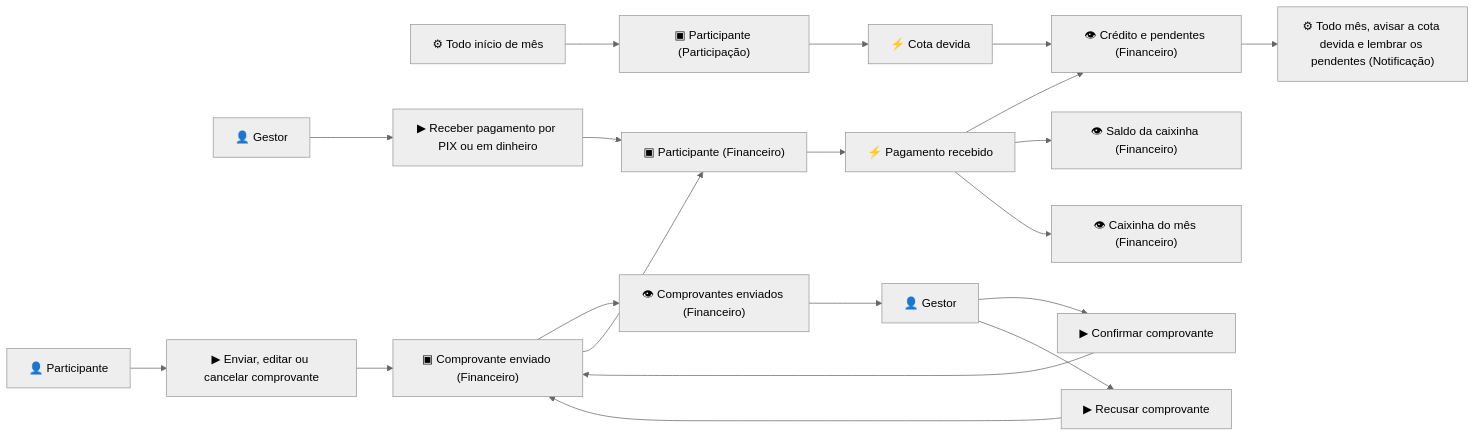
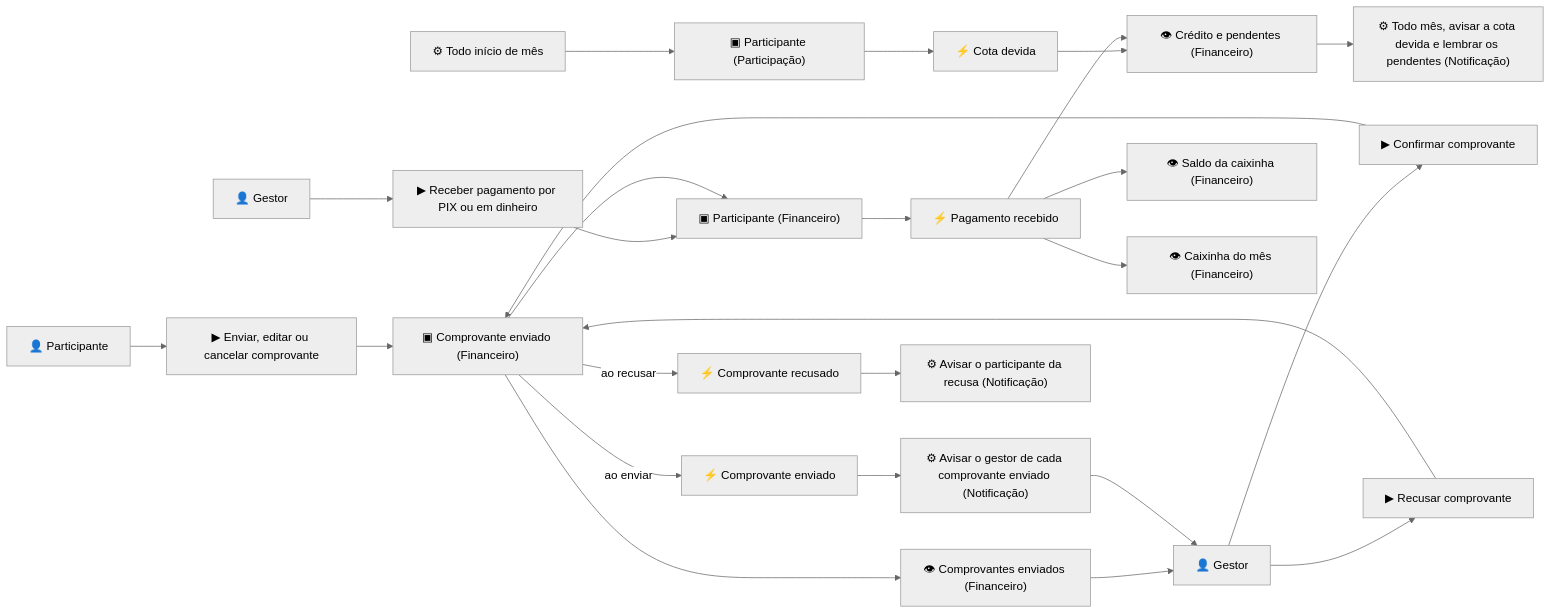
The third of 7 diagrams in docs/dominio/MODELOS.md (hsborges/facoffee-app), drawn with Mermaid before and after one commit. The commit also changed other lines of this file and 38 other files, not shown here.

First line of the commit message:
feat(notificacao): avisa o gestor do comprovante enviado e o participante da recusa (#95)

````diff
--- a/docs/dominio/MODELOS.md
+++ b/docs/dominio/MODELOS.md
@@ -125,15 +125,18 @@
 ```mermaid
 %%{init: {"theme": "neutral"}}%%
 flowchart LR
 
     P1["⚙ Todo início de mês"] --> G1["▣ Participante (Participação)"] --> E1["⚡ Cota devida"]
     A1["👤 Gestor"] --> C1["▶ Receber pagamento por PIX ou em dinheiro"] --> G2["▣ Participante (Financeiro)"] --> E2["⚡ Pagamento recebido"]
     A2["👤 Participante"] --> C2["▶ Enviar, editar ou cancelar comprovante"] --> G3["▣ Comprovante enviado (Financeiro)"] --> R4["👁 Comprovantes enviados (Financeiro)"]
+    G3 -- "ao enviar" --> E3["⚡ Comprovante enviado"] --> P3["⚙ Avisar o gestor de cada comprovante enviado (Notificação)"]
     R4 --> A3["👤 Gestor"] --> C3["▶ Confirmar comprovante"] --> G3 --> G2
+    P3 --> A3
     A3 --> C4["▶ Recusar comprovante"] --> G3
+    G3 -- "ao recusar" --> E4["⚡ Comprovante recusado"] --> P4["⚙ Avisar o participante da recusa (Notificação)"]
     E1 --> R1["👁 Crédito e pendentes (Financeiro)"]
     E2 --> R1
     E2 --> R2["👁 Saldo da caixinha (Financeiro)"]
     E2 --> R3["👁 Caixinha do mês (Financeiro)"]
     R1 --> P2["⚙ Todo mês, avisar a cota devida e lembrar os pendentes (Notificação)"]
 ```
````
